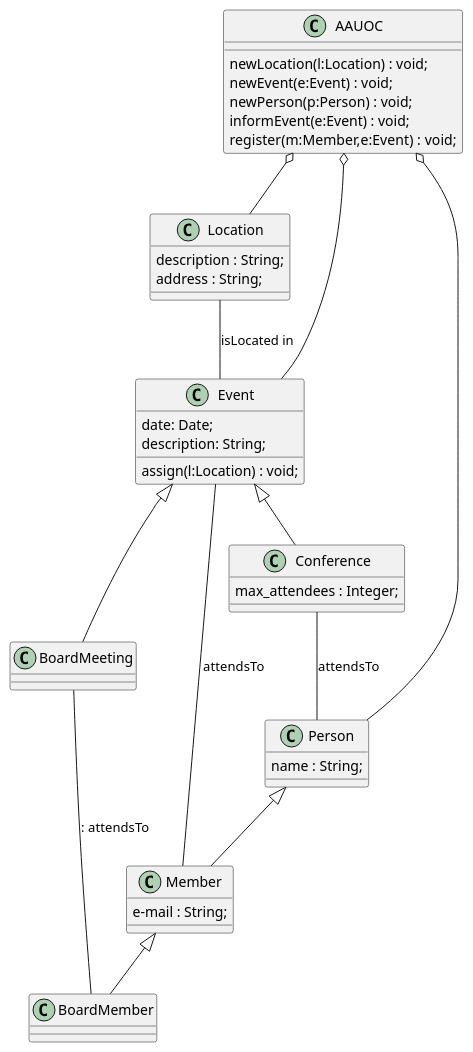
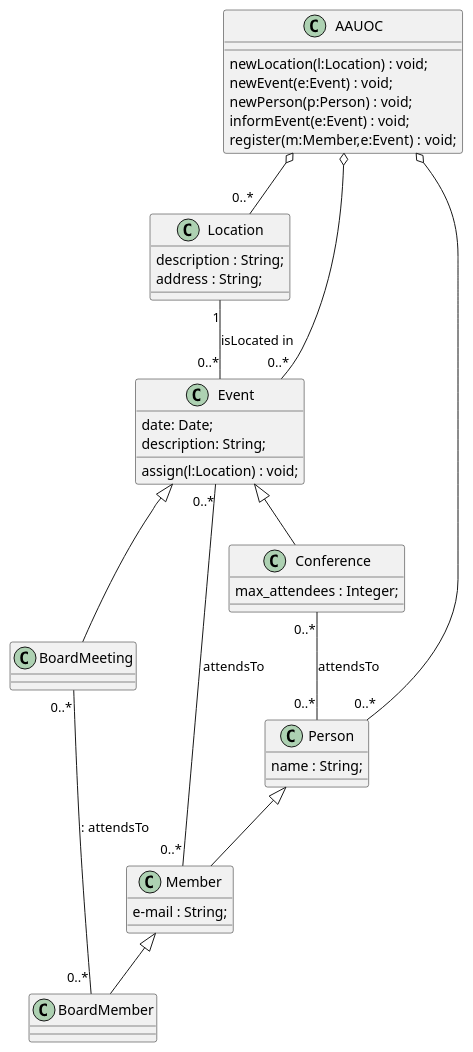
One commit to Alex-Morcillo/UMLClases-AlexMorcilloCaubera changed the diagram in AlexMorcilloUML.puml. Above: the diagram before and after it, drawn with PlantUML.

Commit message:
Add cards

```diff
--- a/AlexMorcilloUML.puml
+++ b/AlexMorcilloUML.puml
@@ -1,50 +1,50 @@
 @startuml
 Event <|-- Conference
 Event <|-- BoardMeeting
 Person <|-- Member
 Member <|-- BoardMember
-BoardMeeting -- BoardMember : : attendsTo
-Conference -- Person : attendsTo
-Event -- Member : attendsTo
-Location -- Event : isLocated in
-AAUOC o-- Location
-AAUOC o-- Event
-AAUOC o-- Person
+BoardMeeting "0..*" -- "0..*" BoardMember : : attendsTo
+Conference "0..*" -- "0..*" Person : attendsTo
+Event "0..*" -- "0..*" Member : attendsTo
+Location "1" -- "0..*" Event : isLocated in
+AAUOC o-- "0..*" Location
+AAUOC o-- "0..*" Event
+AAUOC o-- "0..*" Person
 
 class AAUOC {
 newLocation(l:Location) : void;
 newEvent(e:Event) : void;
 newPerson(p:Person) : void;
 informEvent(e:Event) : void;
 register(m:Member,e:Event) : void;
 }
 
 class Member {
 e-mail : String;
 }
 
 class BoardMember {
 }
 
 class Event {
 date: Date;
 description: String;
 assign(l:Location) : void;
 }
 
 class Conference {
 max_attendees : Integer;
 }
 
 class BoardMeeting {
 }
 
 class Location {
 description : String;
 address : String;
 }
 
 class Person {
 name : String;
 }
 @enduml
```
